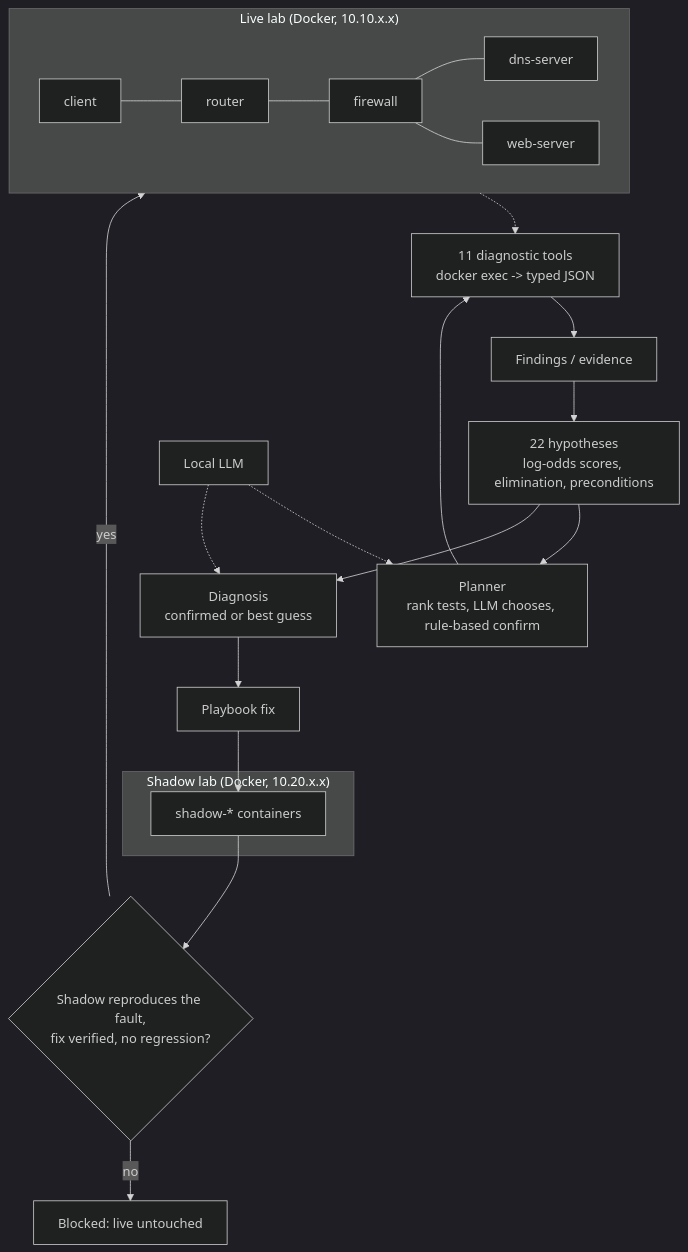
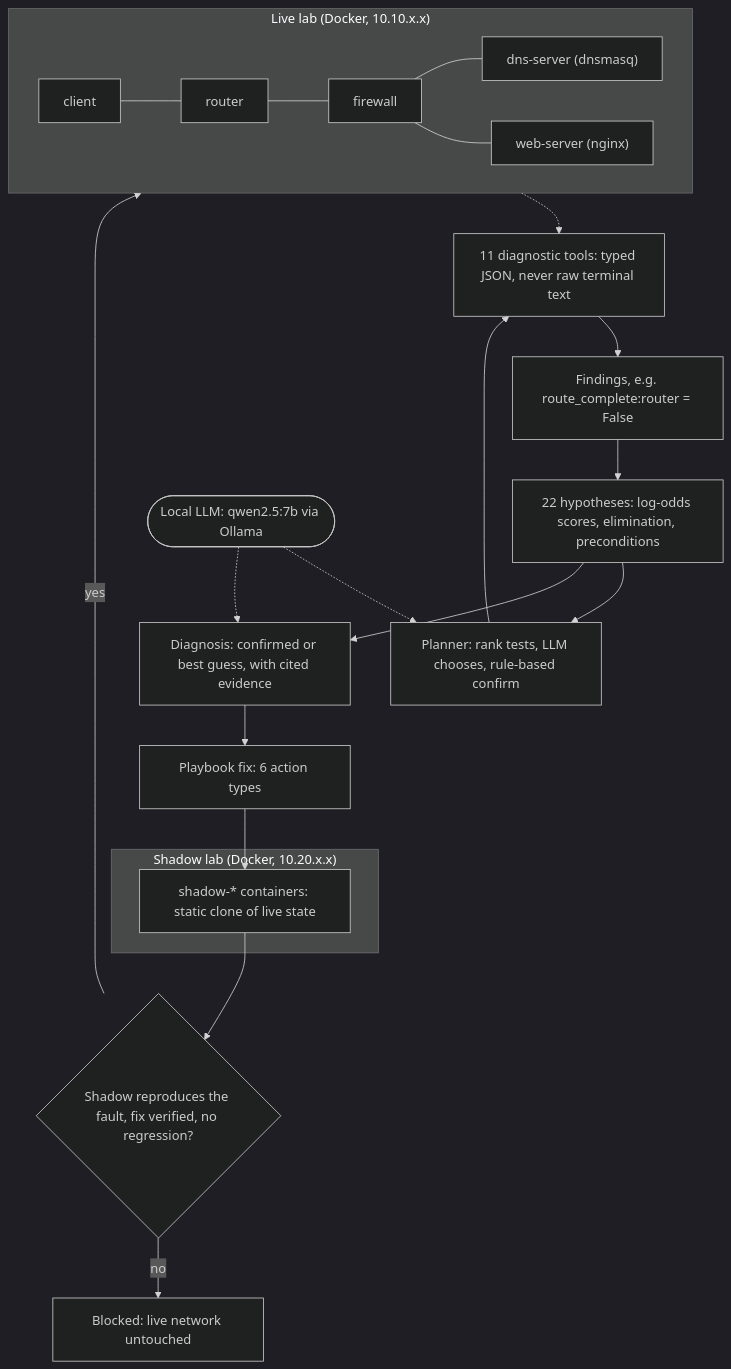
One commit to namanalexx/ANTA changed the first of 2 diagrams in README.md. Above: the diagram before and after it, drawn with Mermaid (dark theme). The commit also changed other lines of this file and 12 other files, not shown here.

````diff
--- a/README.md
+++ b/README.md
@@ -11,24 +114,28 @@
 ```mermaid
 flowchart TB
-    subgraph LAB["Live lab (Docker, 10.10.x.x)"]
-        C[client] --- R[router] --- F[firewall]
-        F --- D[dns-server]
-        F --- W[web-server]
+    subgraph LIVE["Live lab (Docker, 10.10.x.x)"]
+        C["client"] --- R["router"] --- F["firewall"]
+        F --- D["dns-server (dnsmasq)"]
+        F --- W["web-server (nginx)"]
     end
     subgraph SHADOW["Shadow lab (Docker, 10.20.x.x)"]
-        S[shadow-* containers]
+        S["shadow-* containers: static clone of live state"]
     end
-    TOOLS["11 diagnostic tools<br/>docker exec -> typed JSON"] --> EV["Findings / evidence"]
-    LAB -.-> TOOLS
-    EV --> HYP["22 hypotheses<br/>log-odds scores, elimination, preconditions"]
-    HYP --> PLAN["Planner<br/>rank tests, LLM chooses, rule-based confirm"]
-    PLAN --> TOOLS
-    HYP --> DX["Diagnosis<br/>confirmed or best guess"]
-    DX --> FIX["Playbook fix"]
-    FIX --> S
-    S --> GATE{"Shadow reproduces the fault,<br/>fix verified, no regression?"}
-    GATE -->|yes| LAB
-    GATE -->|no| BLOCK["Blocked: live untouched"]
-    LLM["Local LLM"] -.-> PLAN
+    TOOLS["11 diagnostic tools: typed JSON, never raw terminal text"]
+    FIND["Findings, e.g. route_complete:router = False"]
+    HYP["22 hypotheses: log-odds scores, elimination, preconditions"]
+    PLAN["Planner: rank tests, LLM chooses, rule-based confirm"]
+    DX["Diagnosis: confirmed or best guess, with cited evidence"]
+    FIX["Playbook fix: 6 action types"]
+    GATE{"Shadow reproduces the fault, fix verified, no regression?"}
+    BLOCK["Blocked: live network untouched"]
+    LLM(["Local LLM: qwen2.5:7b via Ollama"])
+
+    LIVE -.-> TOOLS
+    TOOLS --> FIND --> HYP --> PLAN --> TOOLS
+    HYP --> DX --> FIX --> S --> GATE
+    GATE -->|yes| LIVE
+    GATE -->|no| BLOCK
+    LLM -.-> PLAN
     LLM -.-> DX
 ```
````
